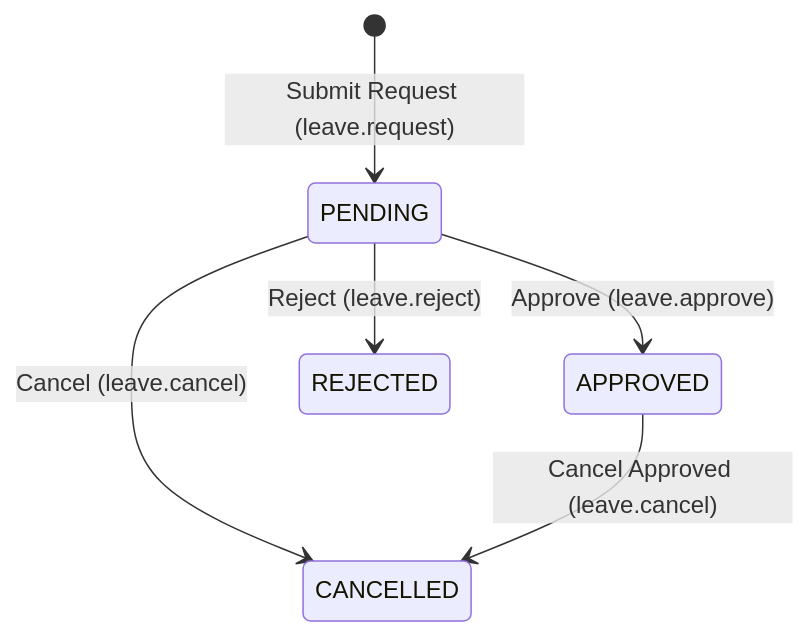
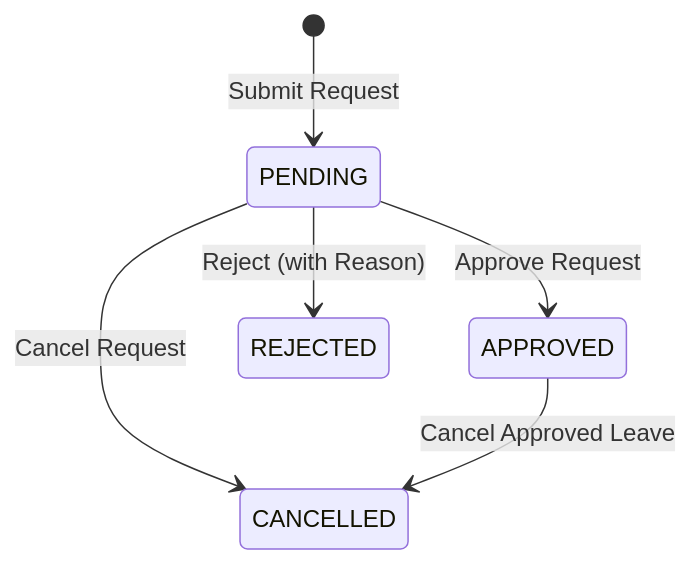
Before and after one commit to tenarm/docs: the second of 3 diagrams in user-guides/modules/hr.md, drawn with Mermaid. The commit also changed other lines of this file and 42 other files, not shown here.

````diff
--- a/user-guides/modules/hr.md
+++ b/user-guides/modules/hr.md
@@ -64,8 +258,8 @@
 ```mermaid
 stateDiagram-v2
-    [*] --> PENDING : Submit Request (leave.request)
-    PENDING --> APPROVED : Approve (leave.approve)
-    PENDING --> REJECTED : Reject (leave.reject)
-    PENDING --> CANCELLED : Cancel (leave.cancel)
-    APPROVED --> CANCELLED : Cancel Approved (leave.cancel)
+    [*] --> PENDING : Submit Request
+    PENDING --> APPROVED : Approve Request
+    PENDING --> REJECTED : Reject (with Reason)
+    PENDING --> CANCELLED : Cancel Request
+    APPROVED --> CANCELLED : Cancel Approved Leave
 ```
````
